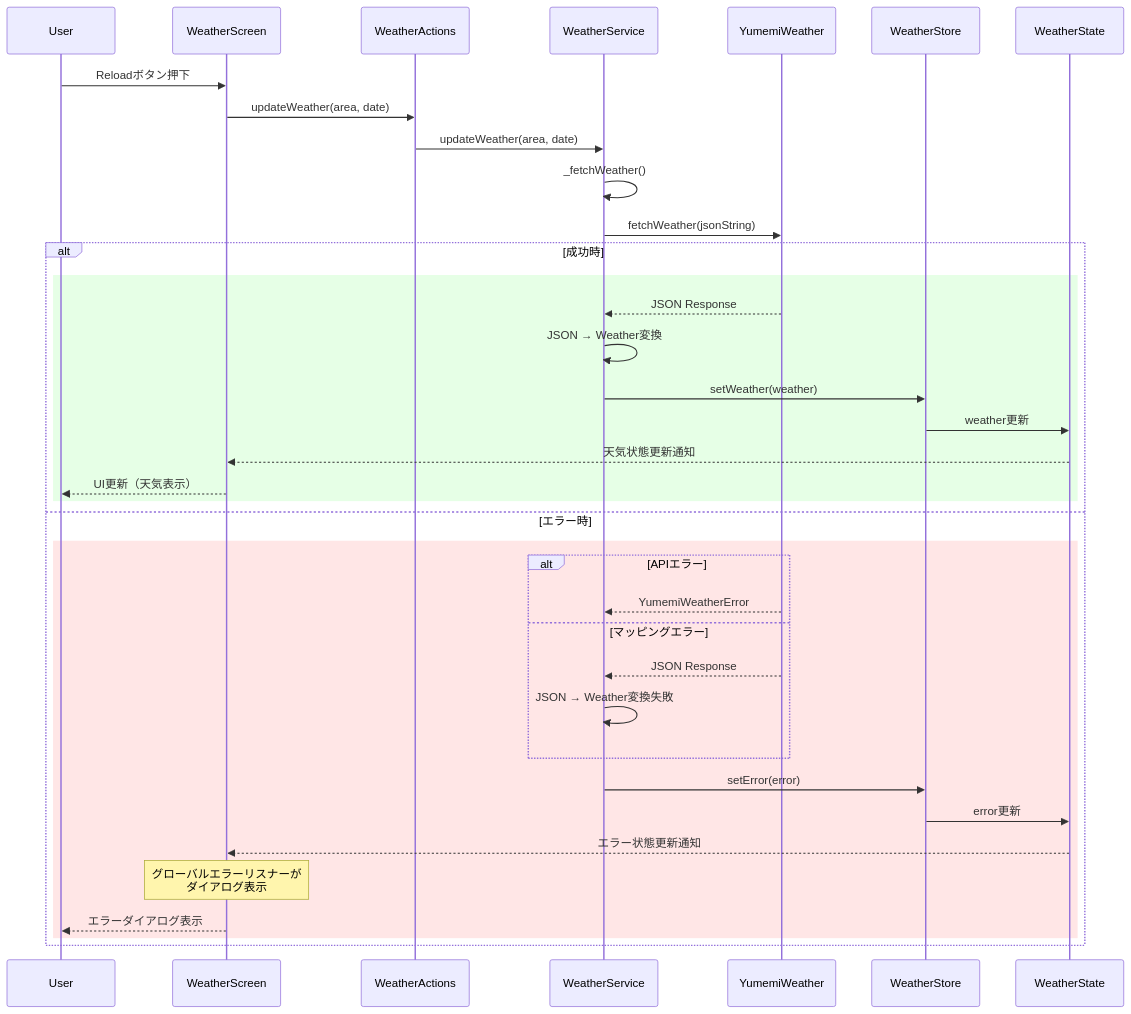
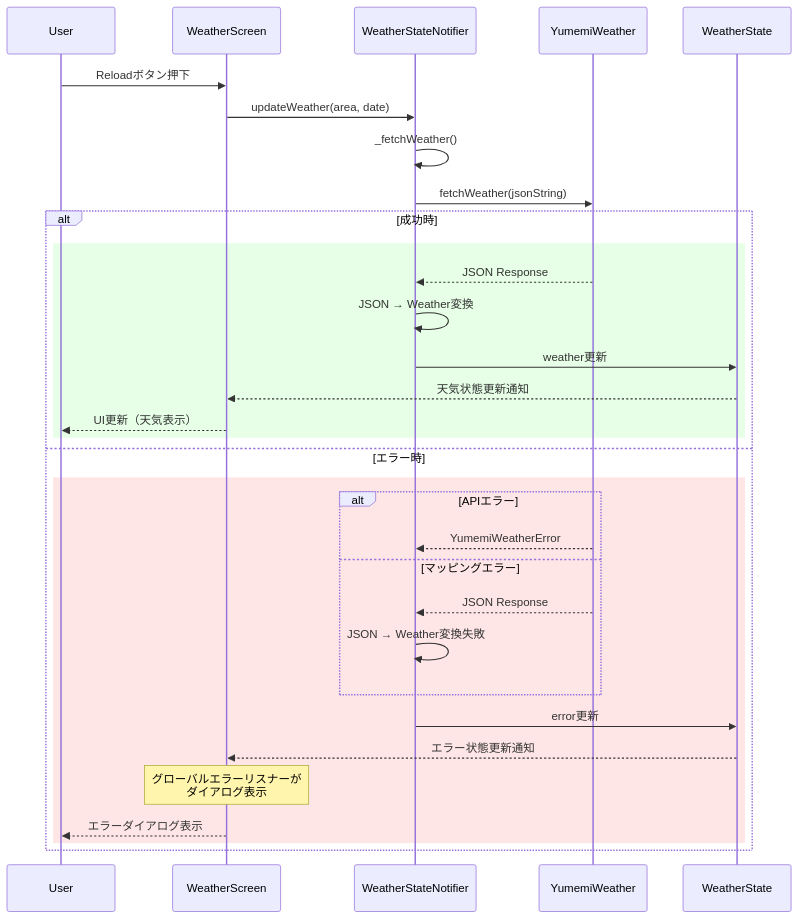
Before and after one commit to Ryosuke1025/flutter-training: the second of 2 diagrams in ARCHITECTURE.md, drawn with Mermaid. The commit also changed other lines of this file and 18 other files, not shown here.

Commit message:
Change Architecture of Code

````diff
--- a/ARCHITECTURE.md
+++ b/ARCHITECTURE.md
@@ -43,42 +31,37 @@
 ```mermaid
 sequenceDiagram
     participant U as User
     participant WS as WeatherScreen
-    participant WA as WeatherActions
-    participant WSv as WeatherService
+    participant WN as WeatherStateNotifier
     participant API as YumemiWeather
-    participant Store as WeatherStore
     participant State as WeatherState
 
     U->>WS: Reloadボタン押下
-    WS->>WA: updateWeather(area, date)
-    WA->>WSv: updateWeather(area, date)
+    WS->>WN: updateWeather(area, date)
     
-    WSv->>WSv: _fetchWeather()
-    WSv->>API: fetchWeather(jsonString)
+    WN->>WN: _fetchWeather()
+    WN->>API: fetchWeather(jsonString)
     
     alt 成功時
         rect rgb(230, 255, 230)
-            API-->>WSv: JSON Response
-            WSv->>WSv: JSON → Weather変換
-            WSv->>Store: setWeather(weather)
-            Store->>State: weather更新
+            API-->>WN: JSON Response
+            WN->>WN: JSON → Weather変換
+            WN->>State: weather更新
             State-->>WS: 天気状態更新通知
             WS-->>U: UI更新（天気表示）
         end
     else エラー時
         rect rgb(255, 230, 230)
             alt APIエラー
-                API-->>WSv: YumemiWeatherError
+                API-->>WN: YumemiWeatherError
             else マッピングエラー
-                API-->>WSv: JSON Response
-                WSv->>WSv: JSON → Weather変換失敗
+                API-->>WN: JSON Response
+                WN->>WN: JSON → Weather変換失敗
             end
-            WSv->>Store: setError(error)
-            Store->>State: error更新
+            WN->>State: error更新
             State-->>WS: エラー状態更新通知
             Note over WS: グローバルエラーリスナーが<br/>ダイアログ表示
             WS-->>U: エラーダイアログ表示
         end
     end
 ```
````
